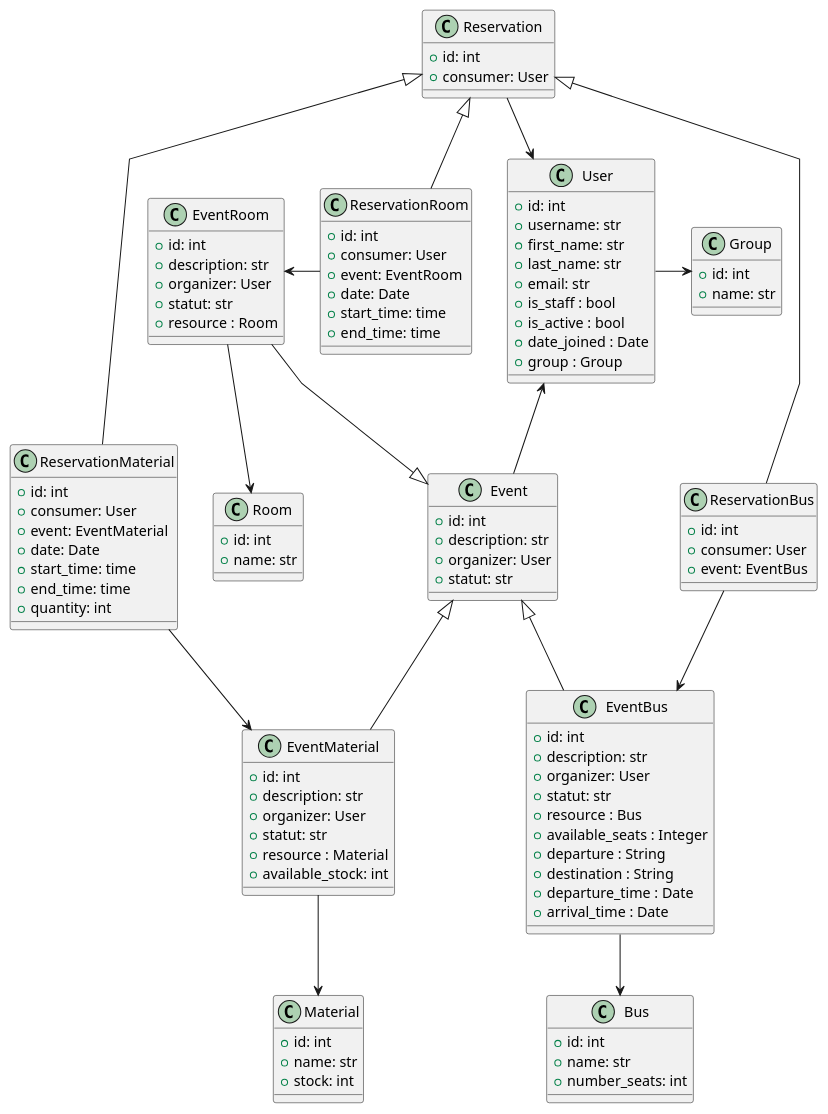
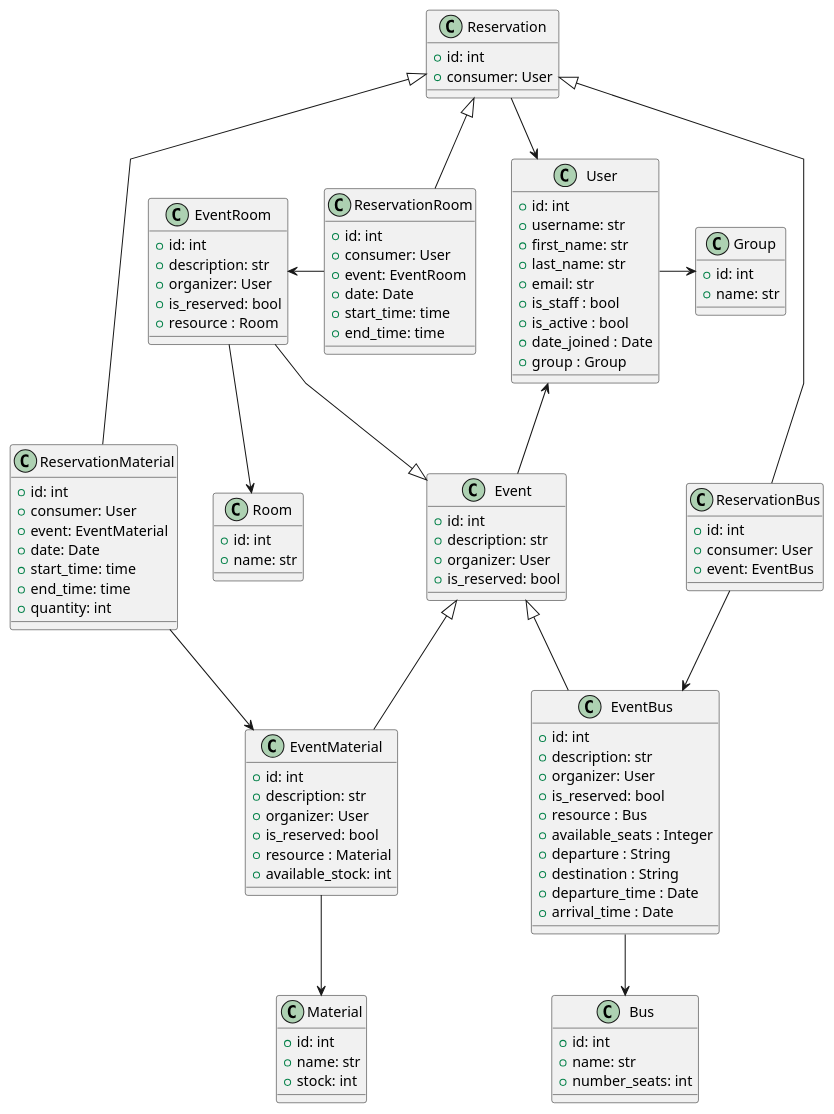
The diagram in docs/diagramme_classes.puml (EL-K-Code/Projet-Conception-Logicielle-Bookit), drawn with PlantUML before and after one commit. The commit also changed 2 other files, not shown here.

```diff
--- a/docs/diagramme_classes.puml
+++ b/docs/diagramme_classes.puml
@@ -1,130 +1,130 @@
 @startuml diagramme_de_classes
 
 skinparam linetype polyline
 
 class Group {
     +id: int
     +name: str
 }
 
 class User {
     +id: int
     +username: str
     +first_name: str
     +last_name: str
     +email: str
     +is_staff : bool
     +is_active : bool
     +date_joined : Date
     +group : Group
 }
 
 class Bus {
     +id: int
     +name: str
     +number_seats: int
 }
 
 class Room {
     +id: int
     +name: str
 }
 
 class Material {
     +id: int
     +name: str
     +stock: int
 }
 
 class Event {
     +id: int
     +description: str
     +organizer: User
-    +statut: str
+    +is_reserved: bool
 }
 
 class EventBus {
     +id: int
     +description: str
     +organizer: User
-    +statut: str
+    +is_reserved: bool
     +resource : Bus
     +available_seats : Integer
     +departure : String
     +destination : String
     +departure_time : Date
     +arrival_time : Date
 }
 
 class EventRoom {
     +id: int
     +description: str
     +organizer: User
-    +statut: str
+    +is_reserved: bool
     +resource : Room
 }
 
 class EventMaterial {
     +id: int
     +description: str
     +organizer: User
-    +statut: str
+    +is_reserved: bool
     +resource : Material
     +available_stock: int
 }
 
 class Reservation {
     +id: int
     +consumer: User
 }
 
 class ReservationBus {
     +id: int
     +consumer: User
     +event: EventBus
 }
 
 class ReservationRoom {
     +id: int
     +consumer: User
     +event: EventRoom
     +date: Date
     +start_time: time
     +end_time: time
 }
 
 class ReservationMaterial {
     +id: int
     +consumer: User
     +event: EventMaterial
     +date: Date
     +start_time: time
     +end_time: time
     +quantity: int
 }
 
 'Relations de dépendance
 User -right-> Group
 EventBus --> Bus
 EventRoom --> Room
 EventMaterial --> Material
 ReservationBus --> EventBus
 ReservationRoom -left-> EventRoom
 ReservationMaterial --> EventMaterial
 Event -up-> User
 Reservation --> User
 
 'Héritages évènements
 Event <|-- EventBus
 Event <|-up- EventRoom
 Event <|-- EventMaterial
 
 'Héritages Réservations
 Reservation <|-- ReservationMaterial
 Reservation <|-- ReservationBus
 Reservation <|-- ReservationRoom
 
 'Utilisateur "1" -- "*" Evenement 
 
 
 @enduml
```
